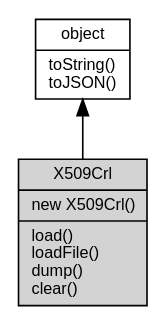
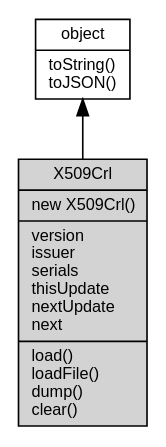
Before and after one commit to fibjs/fibjs.org: the diagram in docs/manual/object/ifs/X509Crl.md, drawn with Graphviz. The commit also changed other lines of this file and 216 other files, not shown here.

````diff
--- a/docs/manual/object/ifs/X509Crl.md
+++ b/docs/manual/object/ifs/X509Crl.md
@@ -11,10 +11,10 @@
 ```dot
 digraph {
     node [fontname="Helvetica,sans-Serif", fontsize=10, shape="record", style="filled", fillcolor="white"];
 
     object [tooltip="object", URL="object.md", label="{object|toString()\ltoJSON()\l}"];
-    X509Crl [tooltip="X509Crl", fillcolor="lightgray", id="me", label="{X509Crl|new X509Crl()\l|load()\lloadFile()\ldump()\lclear()\l}"];
+    X509Crl [tooltip="X509Crl", fillcolor="lightgray", id="me", label="{X509Crl|new X509Crl()\l|version\lissuer\lserials\lthisUpdate\lnextUpdate\lnext\l|load()\lloadFile()\ldump()\lclear()\l}"];
 
     object -> X509Crl [dir=back];
 }
 ```
````
